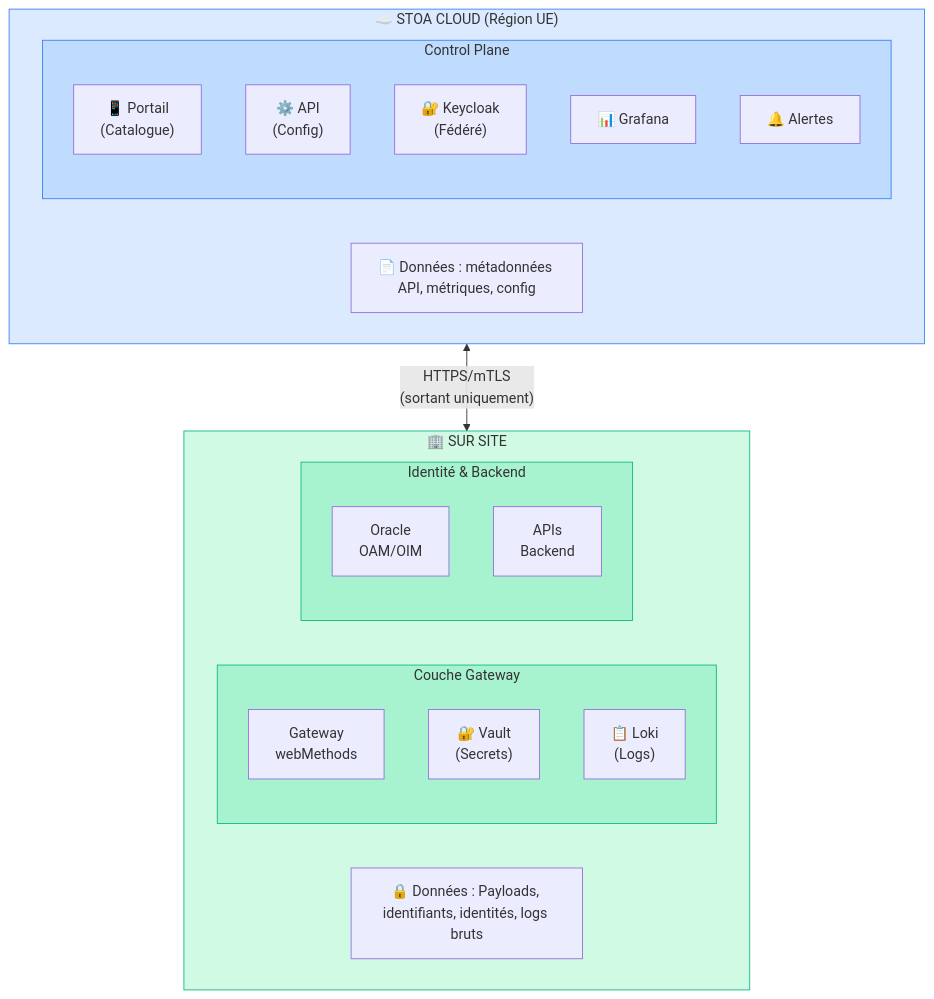
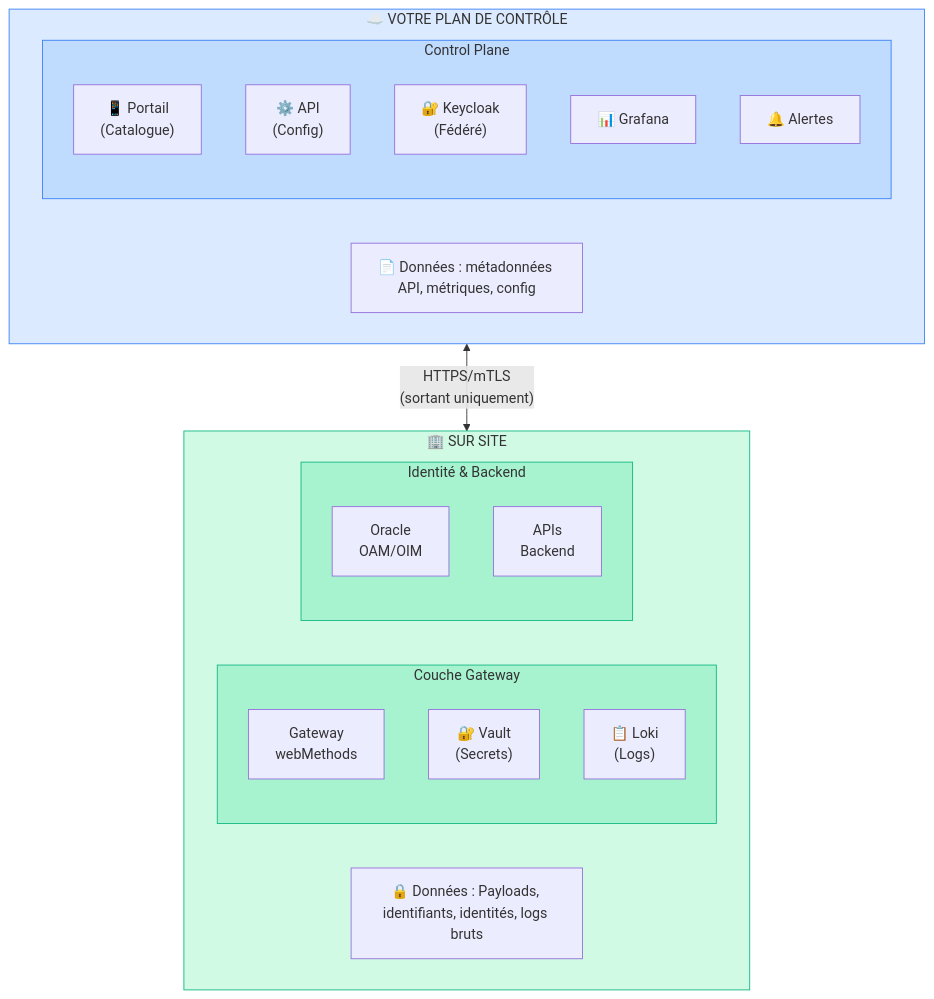
Before and after one commit to stoa-platform/stoa-docs: the first of 4 diagrams in i18n/fr/docusaurus-plugin-content-docs/current/deployment/hybrid.md, drawn with Mermaid. The commit also changed other lines of this file and 87 other files, not shown here.

````diff
--- a/i18n/fr/docusaurus-plugin-content-docs/current/deployment/hybrid.md
+++ b/i18n/fr/docusaurus-plugin-content-docs/current/deployment/hybrid.md
@@ -28,34 +32,34 @@
 ```mermaid
 flowchart TB
-    subgraph Cloud["☁️ STOA CLOUD (Région UE)"]
+    subgraph Cloud["☁️ VOTRE PLAN DE CONTRÔLE"]
         subgraph CPL["Control Plane"]
             Portal["📱 Portail<br/>(Catalogue)"]
             Config["⚙️ API<br/>(Config)"]
             KCF["🔐 Keycloak<br/>(Fédéré)"]
             Grafana["📊 Grafana"]
             Alert["🔔 Alertes"]
         end
         CD["📄 Données : métadonnées API, métriques, config"]
     end
 
     subgraph OnPrem["🏢 SUR SITE"]
         subgraph GWL["Couche Gateway"]
             WM["Gateway<br/>webMethods"]
             Vault["🔐 Vault<br/>(Secrets)"]
             Loki["📋 Loki<br/>(Logs)"]
         end
         subgraph IDL["Identité & Backend"]
             OAM["Oracle<br/>OAM/OIM"]
             APIs["APIs<br/>Backend"]
         end
         OD["🔒 Données : Payloads, identifiants, identités, logs bruts"]
     end
 
     Cloud <-->|"HTTPS/mTLS<br/>(sortant uniquement)"| OnPrem
 
     style Cloud fill:#dbeafe,stroke:#3b82f6
     style OnPrem fill:#d1fae5,stroke:#10b981
     style CPL fill:#bfdbfe,stroke:#3b82f6
     style GWL fill:#a7f3d0,stroke:#10b981
     style IDL fill:#a7f3d0,stroke:#10b981
 ```
````
